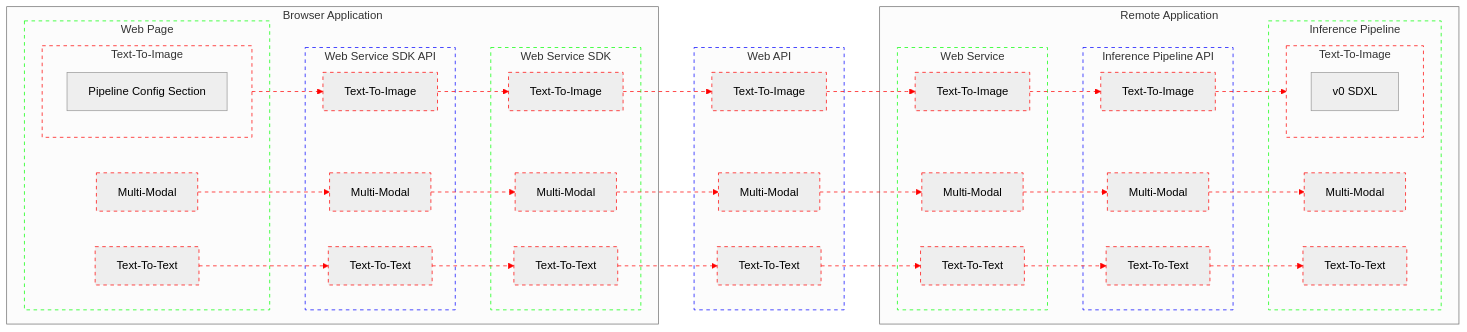
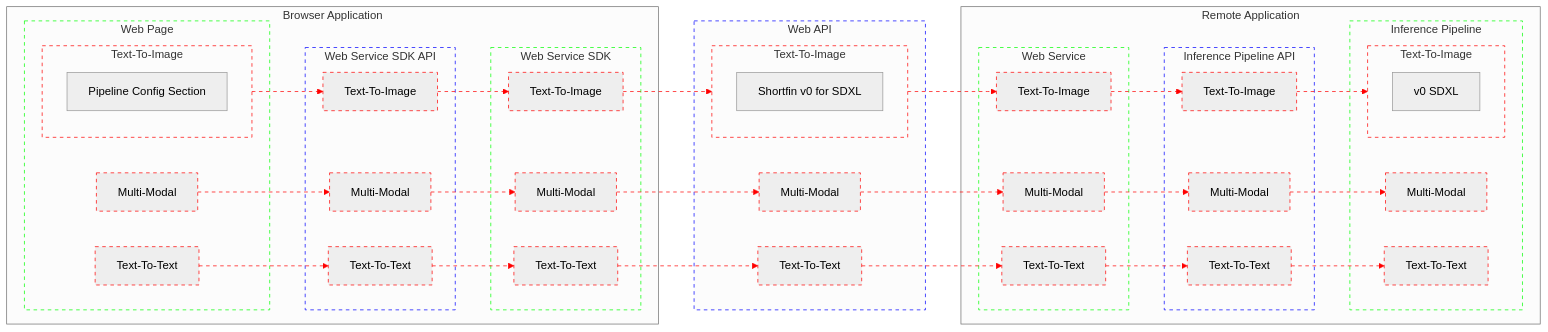
One commit to bjacobgordon/shark-ui changed the diagram in docs/webAPI/architecture.mmd. Above: the diagram before and after it, drawn with Mermaid (neutral theme).

Commit message:
step(SDXL): declares web API to bridge the apps

```diff
--- a/docs/webAPI/architecture.mmd
+++ b/docs/webAPI/architecture.mmd
@@ -1,163 +1,165 @@
 flowchart LR
   classDef Contract          stroke: #00F, stroke-dasharray: 5
   classDef ApplicationModule stroke: #0F0, stroke-dasharray: 5
   classDef InferenceModality stroke: #F00, stroke-dasharray: 5
 
   subgraph BrowserApplication[Browser Application]
     subgraph BrowserApplication_WebPage[Web Page]
       subgraph BrowserApplication_WebPage_TextToImage[Text-To-Image]
         BrowserApplication_WebPage_TextToImage_PipelineConfigSection[Pipeline Config Section]
       end
       class BrowserApplication_WebPage_TextToImage InferenceModality
 
       BrowserApplication_WebPage_MultiModal[Multi-Modal]
       class BrowserApplication_WebPage_MultiModal InferenceModality
 
       BrowserApplication_WebPage_TextToText[Text-To-Text]
       class BrowserApplication_WebPage_TextToText InferenceModality
     end
     class BrowserApplication_WebPage ApplicationModule
 
 
     BrowserApplication_WebPage_TextToImage BrowserApplication_WebPage__TextToImage__BrowserApplication_WebServiceSDK_API@--> BrowserApplication_WebServiceSDK_API_TextToImage
     class BrowserApplication_WebPage_TextToImage InferenceModality
     class BrowserApplication_WebPage__TextToImage__BrowserApplication_WebServiceSDK_API InferenceModality
 
     BrowserApplication_WebPage_MultiModal BrowserApplication_WebPage__MultiModal__BrowserApplication_WebServiceSDK_API@--> BrowserApplication_WebServiceSDK_API_MultiModal
     class BrowserApplication_WebPage__MultiModal__BrowserApplication_WebServiceSDK_API InferenceModality
 
     BrowserApplication_WebPage_TextToText BrowserApplication_WebPage__TextToText__BrowserApplication_WebServiceSDK_API@--> BrowserApplication_WebServiceSDK_API_TextToText
     class BrowserApplication_WebPage__TextToText__BrowserApplication_WebServiceSDK_API InferenceModality
 
 
     subgraph BrowserApplication_WebServiceSDK_API[Web Service SDK API]
       BrowserApplication_WebServiceSDK_API_TextToImage[Text-To-Image]
       class BrowserApplication_WebServiceSDK_API_TextToImage InferenceModality
 
       BrowserApplication_WebServiceSDK_API_MultiModal[Multi-Modal]
       class BrowserApplication_WebServiceSDK_API_MultiModal InferenceModality
 
       BrowserApplication_WebServiceSDK_API_TextToText[Text-To-Text]
       class BrowserApplication_WebServiceSDK_API_TextToText InferenceModality
     end
     class BrowserApplication_WebServiceSDK_API Contract
 
 
     BrowserApplication_WebServiceSDK_API_TextToImage BrowserApplication_WebServiceSDK_API__TextToImage__BrowserApplication_WebServiceSDK@--> BrowserApplication_WebServiceSDK_TextToImage
     class BrowserApplication_WebServiceSDK_API__TextToImage__BrowserApplication_WebServiceSDK InferenceModality
 
     BrowserApplication_WebServiceSDK_API_MultiModal BrowserApplication_WebServiceSDK_API__MultiModal__BrowserApplication_WebServiceSDK@--> BrowserApplication_WebServiceSDK_MultiModal
     class BrowserApplication_WebServiceSDK_API__MultiModal__BrowserApplication_WebServiceSDK InferenceModality
 
     BrowserApplication_WebServiceSDK_API_TextToText BrowserApplication_WebServiceSDK_API__TextToText__BrowserApplication_WebServiceSDK@--> BrowserApplication_WebServiceSDK_TextToText
     class BrowserApplication_WebServiceSDK_API__TextToText__BrowserApplication_WebServiceSDK InferenceModality
 
 
     subgraph BrowserApplication_WebServiceSDK[Web Service SDK]
       BrowserApplication_WebServiceSDK_TextToImage[Text-To-Image]
       class BrowserApplication_WebServiceSDK_TextToImage InferenceModality
 
       BrowserApplication_WebServiceSDK_MultiModal[Multi-Modal]
       class BrowserApplication_WebServiceSDK_MultiModal InferenceModality
 
       BrowserApplication_WebServiceSDK_TextToText[Text-To-Text]
       class BrowserApplication_WebServiceSDK_TextToText InferenceModality
     end
     class BrowserApplication_WebServiceSDK ApplicationModule
   end
 
 
   BrowserApplication_WebServiceSDK_TextToImage BrowserApplication_WebServiceSDK__TextToImage__WebAPI@--> WebAPI_TextToImage
   class BrowserApplication_WebServiceSDK__TextToImage__WebAPI InferenceModality
 
   BrowserApplication_WebServiceSDK_MultiModal BrowserApplication_WebServiceSDK__MultiModal__WebAPI@--> WebAPI_MultiModal
   class BrowserApplication_WebServiceSDK__MultiModal__WebAPI InferenceModality
 
   BrowserApplication_WebServiceSDK_TextToText BrowserApplication_WebServiceSDK__TextToText__WebAPI@--> WebAPI_TextToText
   class BrowserApplication_WebServiceSDK__TextToText__WebAPI InferenceModality
 
 
   subgraph WebAPI[Web API]
-    WebAPI_TextToImage[Text-To-Image]
+    subgraph WebAPI_TextToImage[Text-To-Image]
+      WebAPI_TextToImage_Shortfin_v0_SDXL[Shortfin v0 for SDXL]
+    end
     class WebAPI_TextToImage InferenceModality
 
     WebAPI_MultiModal[Multi-Modal]
     class WebAPI_MultiModal InferenceModality
 
     WebAPI_TextToText[Text-To-Text]
     class WebAPI_TextToText InferenceModality
   end
   class WebAPI Contract
 
 
   WebAPI_TextToImage WebAPI__TextToImage__RemoteApplication_WebService@--> RemoteApplication_WebService_TextToImage
   class WebAPI__TextToImage__RemoteApplication_WebService InferenceModality
 
   WebAPI_MultiModal WebAPI__MultiModal__RemoteApplication_WebService@--> RemoteApplication_WebService_MultiModal
   class WebAPI__MultiModal__RemoteApplication_WebService InferenceModality
 
   WebAPI_TextToText WebAPI__TextToText__RemoteApplication_WebService@--> RemoteApplication_WebService_TextToText
   class WebAPI__TextToText__RemoteApplication_WebService InferenceModality
 
 
   subgraph RemoteApplication[Remote Application]
     subgraph RemoteApplication_WebService[Web Service]
       RemoteApplication_WebService_TextToImage[Text-To-Image]
       class RemoteApplication_WebService_TextToImage InferenceModality
 
       RemoteApplication_WebService_MultiModal[Multi-Modal]
       class RemoteApplication_WebService_MultiModal InferenceModality
 
       RemoteApplication_WebService_TextToText[Text-To-Text]
       class RemoteApplication_WebService_TextToText InferenceModality
     end
     class RemoteApplication_WebService ApplicationModule
 
 
     RemoteApplication_WebService_TextToImage RemoteApplication_WebService__TextToImage__RemoteApplication_InferencePipeline_API@--> RemoteApplication_InferencePipeline_API_TextToImage
     class RemoteApplication_WebService__TextToImage__RemoteApplication_InferencePipeline_API InferenceModality
 
     RemoteApplication_WebService_MultiModal RemoteApplication_WebService__MultiModal__RemoteApplication_InferencePipeline_API@--> RemoteApplication_InferencePipeline_API_MultiModal
     class RemoteApplication_WebService__MultiModal__RemoteApplication_InferencePipeline_API InferenceModality
 
     RemoteApplication_WebService_TextToText RemoteApplication_WebService__TextToText__RemoteApplication_InferencePipeline_API@--> RemoteApplication_InferencePipeline_API_TextToText
     class RemoteApplication_WebService__TextToText__RemoteApplication_InferencePipeline_API InferenceModality
 
 
     subgraph RemoteApplication_InferencePipeline_API[Inference Pipeline API]
       RemoteApplication_InferencePipeline_API_TextToImage[Text-To-Image]
       class RemoteApplication_InferencePipeline_API_TextToImage InferenceModality
 
       RemoteApplication_InferencePipeline_API_MultiModal[Multi-Modal]
       class RemoteApplication_InferencePipeline_API_MultiModal InferenceModality
 
       RemoteApplication_InferencePipeline_API_TextToText[Text-To-Text]
       class RemoteApplication_InferencePipeline_API_TextToText InferenceModality
     end
     class RemoteApplication_InferencePipeline_API Contract
 
 
     RemoteApplication_InferencePipeline_API_TextToImage RemoteApplication_InferencePipeline_API__TextToImage__RemoteApplication_InferencePipeline@--> RemoteApplication_InferencePipeline_TextToImage
     class RemoteApplication_InferencePipeline_API__TextToImage__RemoteApplication_InferencePipeline InferenceModality
 
     RemoteApplication_InferencePipeline_API_MultiModal RemoteApplication_InferencePipeline_API__MultiModal__RemoteApplication_InferencePipeline@--> RemoteApplication_InferencePipeline_MultiModal
     class RemoteApplication_InferencePipeline_API__MultiModal__RemoteApplication_InferencePipeline InferenceModality
 
     RemoteApplication_InferencePipeline_API_TextToText RemoteApplication_InferencePipeline_API__TextToText__RemoteApplication_InferencePipeline@--> RemoteApplication_InferencePipeline_TextToText
     class RemoteApplication_InferencePipeline_API__TextToText__RemoteApplication_InferencePipeline InferenceModality
 
 
     subgraph RemoteApplication_InferencePipeline[Inference Pipeline]
       subgraph RemoteApplication_InferencePipeline_TextToImage[Text-To-Image]
         RemoteApplication_InferencePipeline_TextToImage_SDXL[v0 SDXL]
       end
       class RemoteApplication_InferencePipeline_TextToImage InferenceModality
 
       RemoteApplication_InferencePipeline_MultiModal[Multi-Modal]
       class RemoteApplication_InferencePipeline_MultiModal InferenceModality
 
       RemoteApplication_InferencePipeline_TextToText[Text-To-Text]
       class RemoteApplication_InferencePipeline_TextToText InferenceModality
     end
     class RemoteApplication_InferencePipeline ApplicationModule
   end
```
